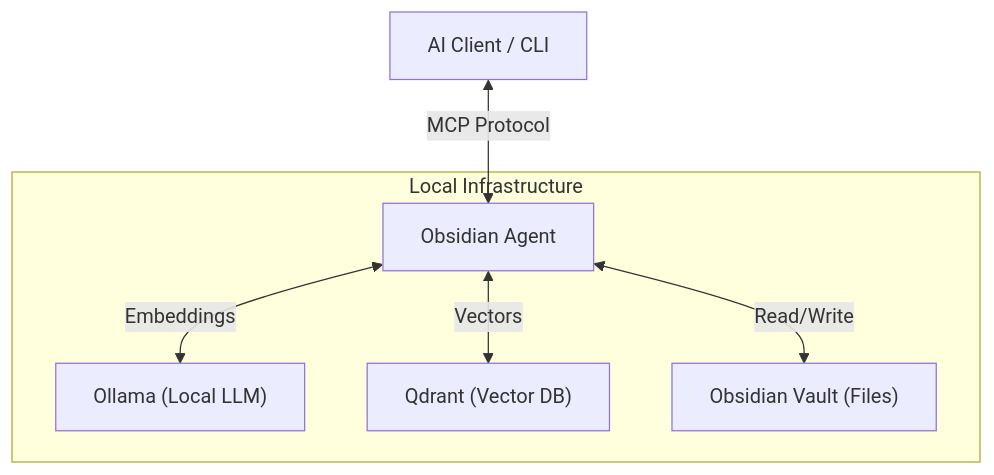
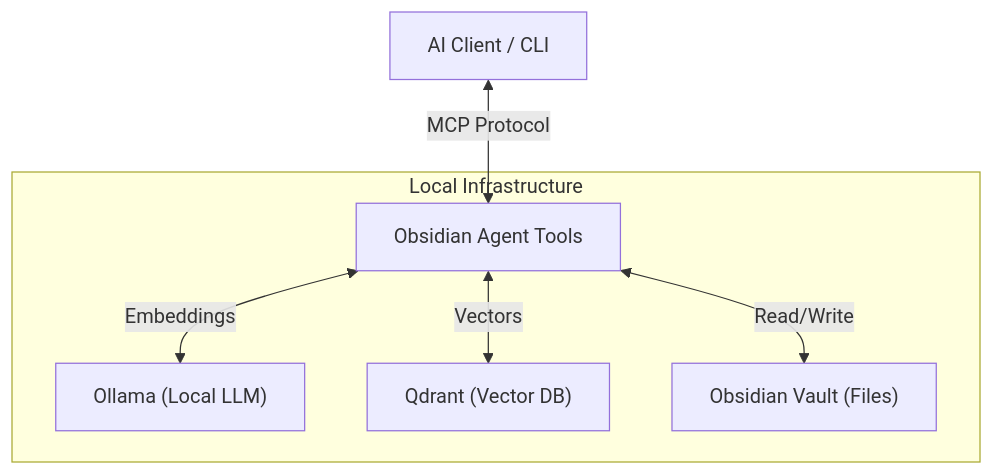
Before and after one commit to chadmowery/obsidian-agent-tools: the diagram in README.md, drawn with Mermaid. The commit also changed other lines of this file and 3 other files, not shown here.

Commit message:
chore: migrate to obsidian-agent-tools

````diff
--- a/README.md
+++ b/README.md
@@ -103,10 +103,10 @@
 ```mermaid
 graph TD
-    Client["AI Client / CLI"] <-->|MCP Protocol| Server["Obsidian Agent"]
+    Client["AI Client / CLI"] <-->|MCP Protocol| Server["Obsidian Agent Tools"]
     
     subgraph "Local Infrastructure"
         Server <-->|Embeddings| Ollama["Ollama (Local LLM)"]
         Server <-->|Vectors| Qdrant["Qdrant (Vector DB)"]
         Server <-->|Read/Write| Vault["Obsidian Vault (Files)"]
     end
 ```
````
